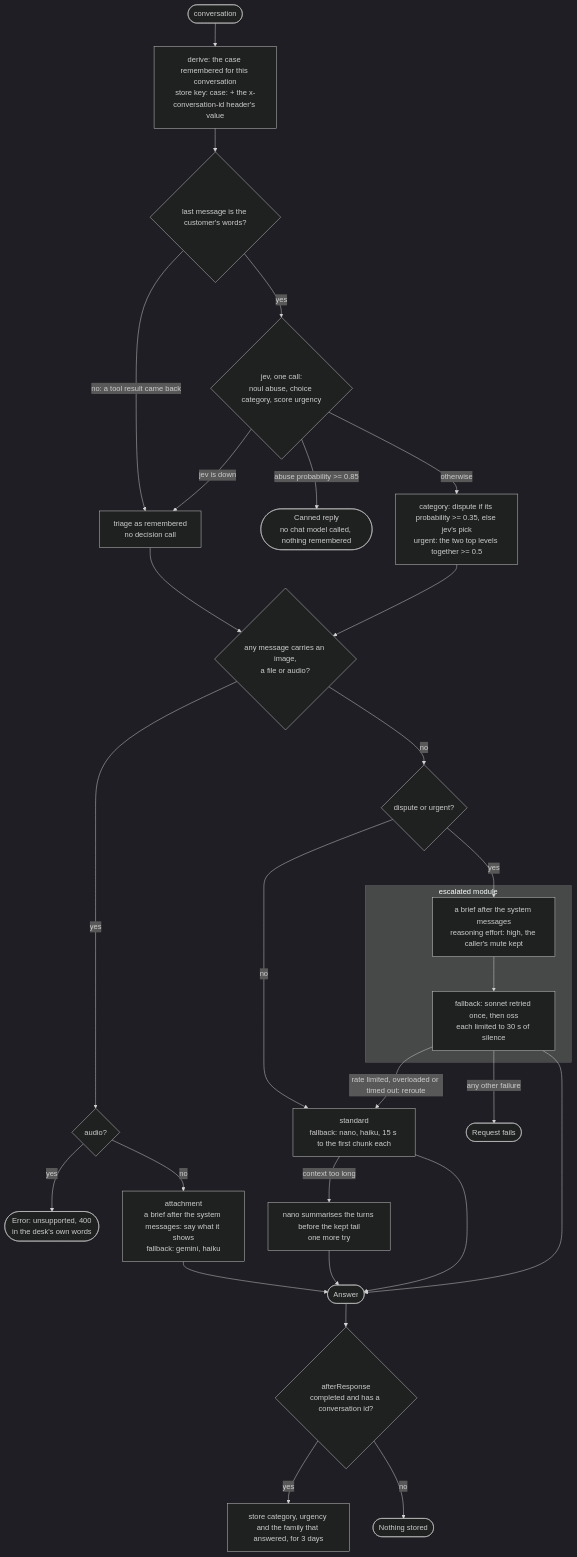
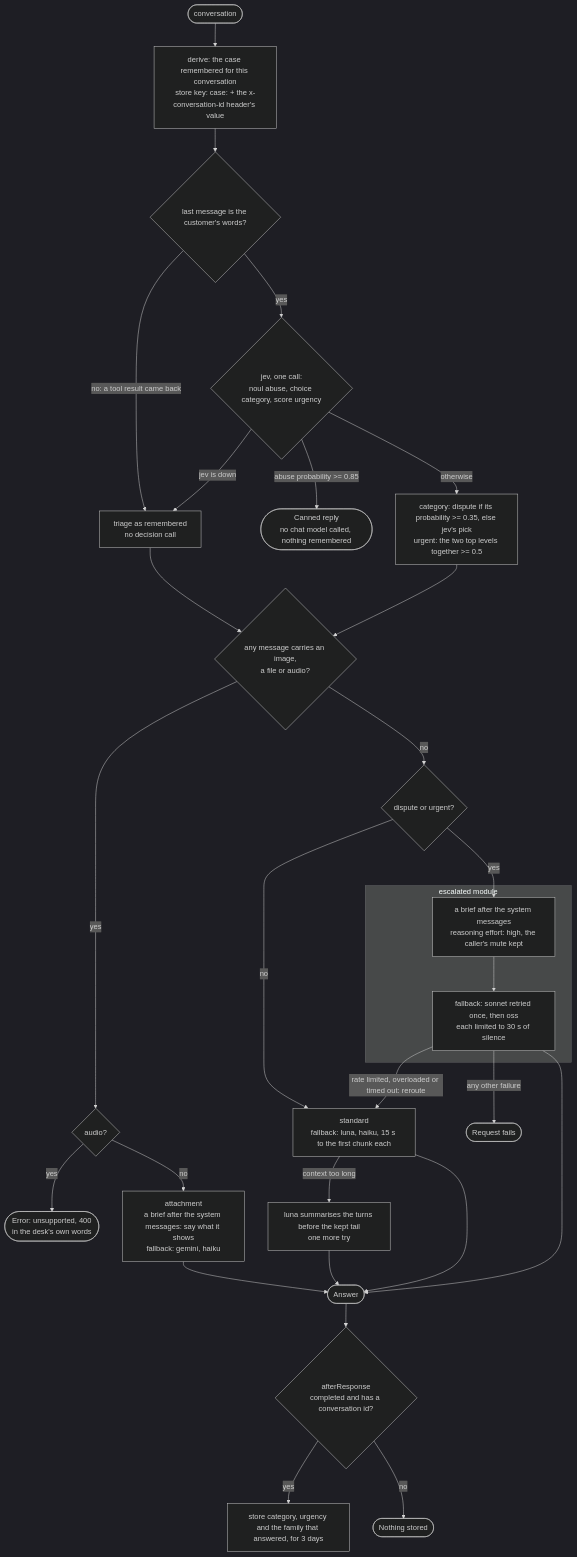
Before and after one commit to skrrt-sh/motty-sdk: the second of 3 diagrams in examples/desk/README.md, drawn with Mermaid (dark theme). The commit also changed other lines of this file and 138 other files, not shown here.

````diff
--- a/examples/desk/README.md
+++ b/examples/desk/README.md
@@ -45,39 +45,39 @@
 ```mermaid
 flowchart TD
   start([conversation]) --> memory["derive: the case remembered for this conversation<br/>store key: case: + the x-conversation-id header's value"]
   memory --> said{"last message is the customer's words?"}
   said -- "no: a tool result came back" --> before["triage as remembered<br/>no decision call"]
   said -- yes --> jev{"jev, one call:<br/>noul abuse, choice category, score urgency"}
   jev -- "jev is down" --> before
   jev -- "abuse probability >= 0.85" --> canned(["Canned reply<br/>no chat model called, nothing remembered"])
   jev -- otherwise --> judged["category: dispute if its probability >= 0.35, else jev's pick<br/>urgent: the two top levels together >= 0.5"]
 
   before --> media
   judged --> media
   media{"any message carries an image,<br/>a file or audio?"}
   media -- yes --> audio{"audio?"}
   audio -- yes --> refused(["Error: unsupported, 400<br/>in the desk's own words"])
   audio -- no --> read["attachment<br/>a brief after the system messages: say what it shows<br/>fallback: gemini, haiku"]
   media -- no --> hard{"dispute or urgent?"}
   hard -- no --> standard
   hard -- yes --> brief
 
   subgraph escalated [escalated module]
     brief["a brief after the system messages<br/>reasoning effort: high, the caller's mute kept"]
     brief --> strong["fallback: sonnet retried once, then oss<br/>each limited to 30 s of silence"]
   end
 
   strong -- "rate limited, overloaded or timed out: reroute" --> standard
   strong -- "any other failure" --> failed([Request fails])
 
-  standard["standard<br/>fallback: nano, haiku, 15 s to the first chunk each"]
-  standard -- "context too long" --> compact["nano summarises the turns before the kept tail<br/>one more try"]
+  standard["standard<br/>fallback: luna, haiku, 15 s to the first chunk each"]
+  standard -- "context too long" --> compact["luna summarises the turns before the kept tail<br/>one more try"]
   compact --> answer
   standard --> answer([Answer])
   read --> answer
   strong --> answer
 
   answer --> after{"afterResponse<br/>completed and has a conversation id?"}
   after -- yes --> save["store category, urgency and the family that answered, for 3 days"]
   after -- no --> nothing([Nothing stored])
 ```
````
